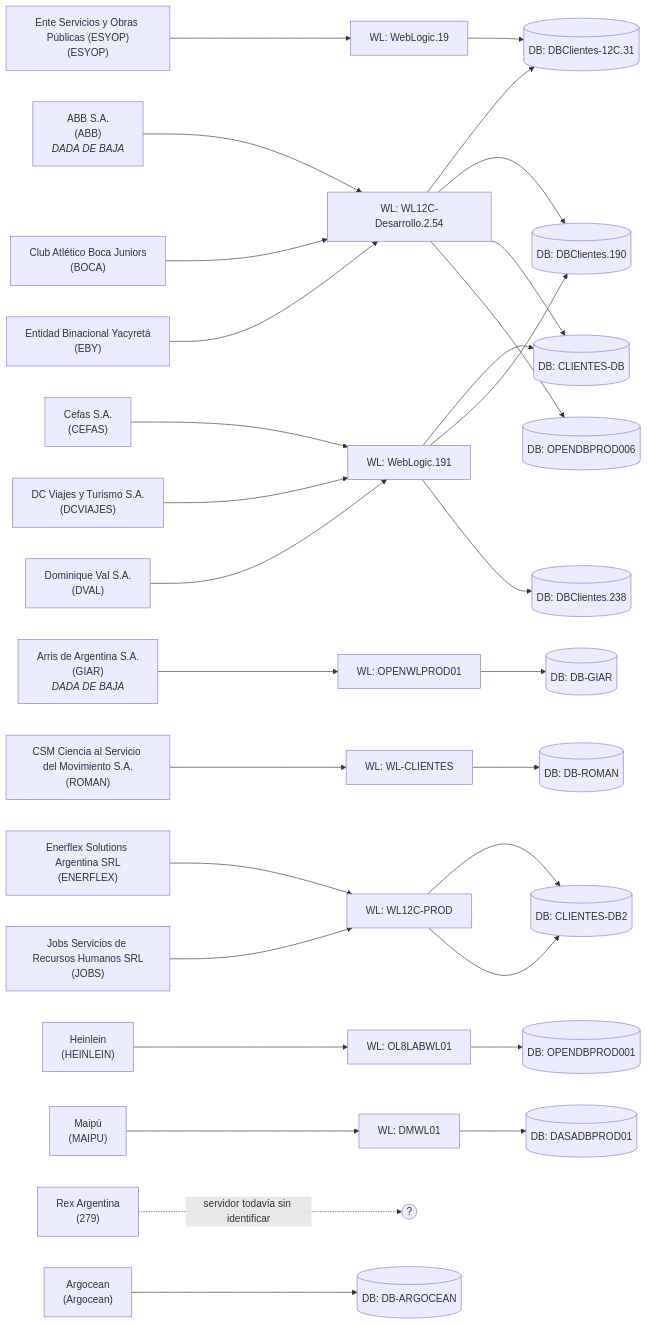
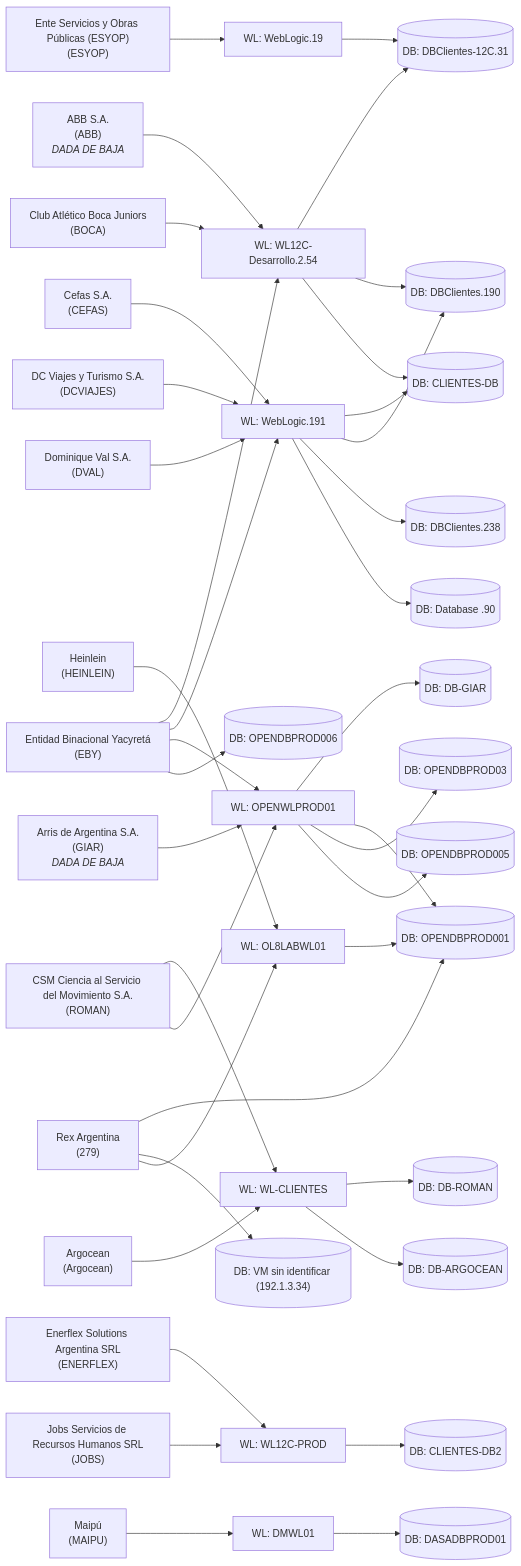
Before and after one commit to gianfranco-s/smartsouth-opensolutions: the first of 2 diagrams in infra/topology.md, drawn with Mermaid. The commit also changed other lines of this file and 1 other file, not shown here.

Commit message:
Regenerar topology.md §1 y actualizar resumen de trazados (CEFAS+JOBS+EBY+BOCA)
topology.md: diagrama Mermaid regenerado desde inventory.json. Cambios
principales: EBY, ROMAN, GIAR y Rex Argentina (279) pasan a tener mas
de un nodo WL/DB resuelto -- el emparejamiento WL->DB de estos 4 esta
curado a mano con la evidencia real de cada trazado (no generado
mecanicamente como el resto), documentado en la nota debajo del
diagrama. OPENWLPROD01 y OPENDBPROD001 quedan marcados como los hosts
mas compartidos del segundo nivel. Primera vez que Rex Argentina
aparece con nodos resueltos en el diagrama.

resumen_relevamiento_alta_cliente.md: reescrito. JOBS actualizado de
"relevando" (desactualizado) a las 7 capas resueltas. Agregado EBY
(6/7, unica nota abierta la DB compartida de la ruta yacyreta) y BOCA
(recien arrancado, plan escrito sin sesion nueva todavia) como tercer
y cuarto trazado. Titulo actualizado a los 4 clientes.

````diff
--- a/infra/topology.md
+++ b/infra/topology.md
@@ -13,66 +13,79 @@
 ```mermaid
 flowchart LR
   n_ABB["ABB S.A.<br/>(ABB)<br/><i>DADA DE BAJA</i>"]
   n_WL12C_Desarrollo_2_54["WL: WL12C-Desarrollo.2.54"]
-  n_ABB --> n_WL12C_Desarrollo_2_54
   n_DBClientes_12C_31[("DB: DBClientes-12C.31")]
-  n_WL12C_Desarrollo_2_54 --> n_DBClientes_12C_31
   n_DBClientes_190[("DB: DBClientes.190")]
-  n_WL12C_Desarrollo_2_54 --> n_DBClientes_190
   n_GIAR["Arris de Argentina S.A.<br/>(GIAR)<br/><i>DADA DE BAJA</i>"]
   n_OPENWLPROD01["WL: OPENWLPROD01"]
-  n_GIAR --> n_OPENWLPROD01
   n_DB_GIAR[("DB: DB-GIAR")]
-  n_OPENWLPROD01 --> n_DB_GIAR
+  n_OPENDBPROD001[("DB: OPENDBPROD001")]
   n_CEFAS["Cefas S.A.<br/>(CEFAS)"]
   n_WebLogic_191["WL: WebLogic.191"]
+  n_CLIENTES_DB[("DB: CLIENTES-DB")]
+  n_BOCA["Club Atlético Boca Juniors<br/>(BOCA)"]
+  n_ROMAN["CSM Ciencia al Servicio del Movimiento S.A.<br/>(ROMAN)"]
+  n_WL_CLIENTES["WL: WL-CLIENTES"]
+  n_DB_ROMAN[("DB: DB-ROMAN")]
+  n_OPENDBPROD03[("DB: OPENDBPROD03")]
+  n_DCVIAJES["DC Viajes y Turismo S.A.<br/>(DCVIAJES)"]
+  n_DVAL["Dominique Val S.A.<br/>(DVAL)"]
+  n_DBClientes_238[("DB: DBClientes.238")]
+  n_ENERFLEX["Enerflex Solutions Argentina SRL<br/>(ENERFLEX)"]
+  n_WL12C_PROD["WL: WL12C-PROD"]
+  n_CLIENTES_DB2[("DB: CLIENTES-DB2")]
+  n_ESYOP["Ente Servicios y Obras Públicas (ESYOP)<br/>(ESYOP)"]
+  n_WebLogic_19["WL: WebLogic.19"]
+  n_EBY["Entidad Binacional Yacyretá<br/>(EBY)"]
+  n_Database__90[("DB: Database .90")]
+  n_OPENDBPROD005[("DB: OPENDBPROD005")]
+  n_OPENDBPROD006[("DB: OPENDBPROD006")]
+  n_JOBS["Jobs Servicios de Recursos Humanos SRL<br/>(JOBS)"]
+  n_HEINLEIN["Heinlein<br/>(HEINLEIN)"]
+  n_OL8LABWL01["WL: OL8LABWL01"]
+  n_MAIPU["Maipú<br/>(MAIPU)"]
+  n_DMWL01["WL: DMWL01"]
+  n_DASADBPROD01[("DB: DASADBPROD01")]
+  n_279["Rex Argentina<br/>(279)"]
+  n_192_1_3_34[("DB: VM sin identificar (192.1.3.34)")]
+  n_Argocean["Argocean<br/>(Argocean)"]
+  n_DB_ARGOCEAN[("DB: DB-ARGOCEAN")]
+  n_ABB --> n_WL12C_Desarrollo_2_54
+  n_WL12C_Desarrollo_2_54 --> n_DBClientes_12C_31
+  n_WL12C_Desarrollo_2_54 --> n_DBClientes_190
+  n_GIAR --> n_OPENWLPROD01
+  n_OPENWLPROD01 --> n_DB_GIAR
+  n_OPENWLPROD01 --> n_OPENDBPROD001
   n_CEFAS --> n_WebLogic_191
-  n_CLIENTES_DB[("DB: CLIENTES-DB")]
   n_WebLogic_191 --> n_CLIENTES_DB
-  n_BOCA["Club Atlético Boca Juniors<br/>(BOCA)"]
   n_BOCA --> n_WL12C_Desarrollo_2_54
   n_WL12C_Desarrollo_2_54 --> n_CLIENTES_DB
-  n_ROMAN["CSM Ciencia al Servicio del Movimiento S.A.<br/>(ROMAN)"]
-  n_WL_CLIENTES["WL: WL-CLIENTES"]
   n_ROMAN --> n_WL_CLIENTES
-  n_DB_ROMAN[("DB: DB-ROMAN")]
   n_WL_CLIENTES --> n_DB_ROMAN
-  n_DCVIAJES["DC Viajes y Turismo S.A.<br/>(DCVIAJES)"]
+  n_ROMAN --> n_OPENWLPROD01
+  n_OPENWLPROD01 --> n_OPENDBPROD03
   n_DCVIAJES --> n_WebLogic_191
   n_WebLogic_191 --> n_DBClientes_190
-  n_DVAL["Dominique Val S.A.<br/>(DVAL)"]
   n_DVAL --> n_WebLogic_191
-  n_DBClientes_238[("DB: DBClientes.238")]
   n_WebLogic_191 --> n_DBClientes_238
-  n_ENERFLEX["Enerflex Solutions Argentina SRL<br/>(ENERFLEX)"]
-  n_WL12C_PROD["WL: WL12C-PROD"]
   n_ENERFLEX --> n_WL12C_PROD
-  n_CLIENTES_DB2[("DB: CLIENTES-DB2")]
   n_WL12C_PROD --> n_CLIENTES_DB2
-  n_ESYOP["Ente Servicios y Obras Públicas (ESYOP)<br/>(ESYOP)"]
-  n_WebLogic_19["WL: WebLogic.19"]
   n_ESYOP --> n_WebLogic_19
   n_WebLogic_19 --> n_DBClientes_12C_31
-  n_EBY["Entidad Binacional Yacyretá<br/>(EBY)"]
   n_EBY --> n_WL12C_Desarrollo_2_54
-  n_OPENDBPROD006[("DB: OPENDBPROD006")]
-  n_WL12C_Desarrollo_2_54 --> n_OPENDBPROD006
-  n_JOBS["Jobs Servicios de Recursos Humanos SRL<br/>(JOBS)"]
+  n_EBY --> n_WebLogic_191
+  n_WebLogic_191 --> n_Database__90
+  n_EBY --> n_OPENWLPROD01
+  n_OPENWLPROD01 --> n_OPENDBPROD005
+  n_EBY --> n_OPENDBPROD006
   n_JOBS --> n_WL12C_PROD
-  n_WL12C_PROD --> n_CLIENTES_DB2
-  n_HEINLEIN["Heinlein<br/>(HEINLEIN)"]
-  n_OL8LABWL01["WL: OL8LABWL01"]
   n_HEINLEIN --> n_OL8LABWL01
-  n_OPENDBPROD001[("DB: OPENDBPROD001")]
   n_OL8LABWL01 --> n_OPENDBPROD001
-  n_MAIPU["Maipú<br/>(MAIPU)"]
-  n_DMWL01["WL: DMWL01"]
   n_MAIPU --> n_DMWL01
-  n_DASADBPROD01[("DB: DASADBPROD01")]
   n_DMWL01 --> n_DASADBPROD01
-  n_279["Rex Argentina<br/>(279)"]
-  n_279 -.->|"servidor todavía sin identificar"| unknown_n_279((?))
-  n_Argocean["Argocean<br/>(Argocean)"]
-  n_DB_ARGOCEAN[("DB: DB-ARGOCEAN")]
-  n_Argocean --> n_DB_ARGOCEAN
+  n_279 --> n_OPENDBPROD001
+  n_279 --> n_192_1_3_34
+  n_279 --> n_OL8LABWL01
+  n_Argocean --> n_WL_CLIENTES
+  n_WL_CLIENTES --> n_DB_ARGOCEAN
 ```
````
